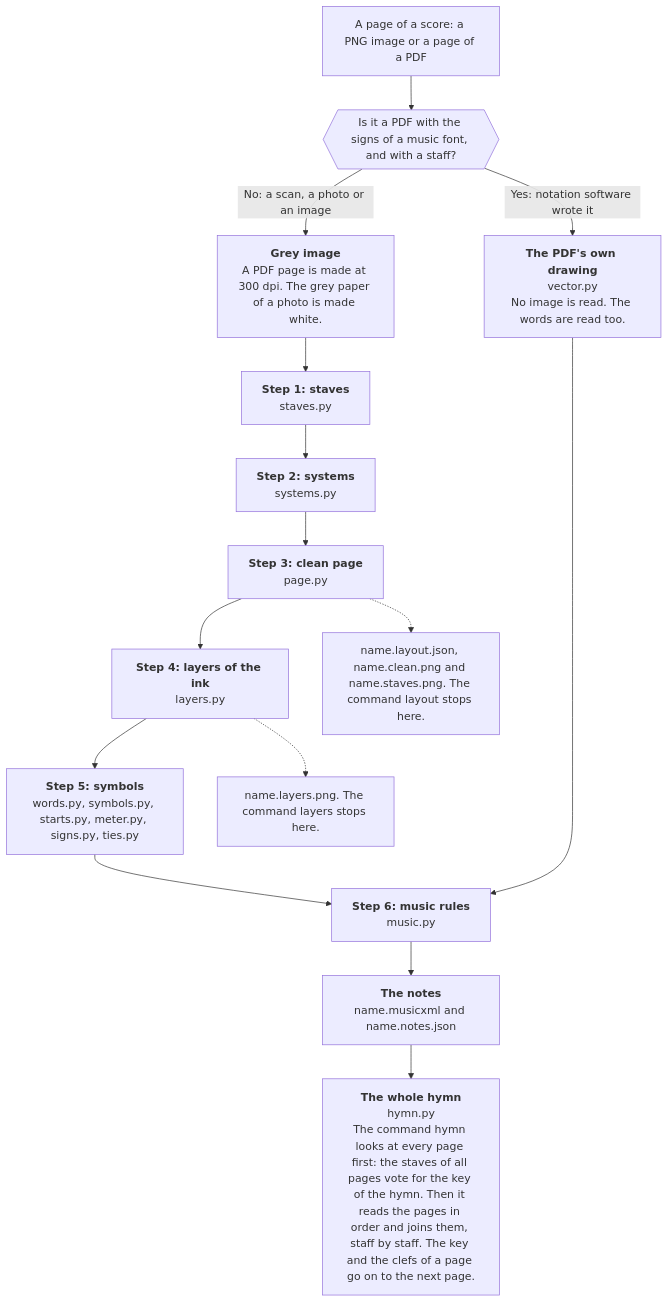
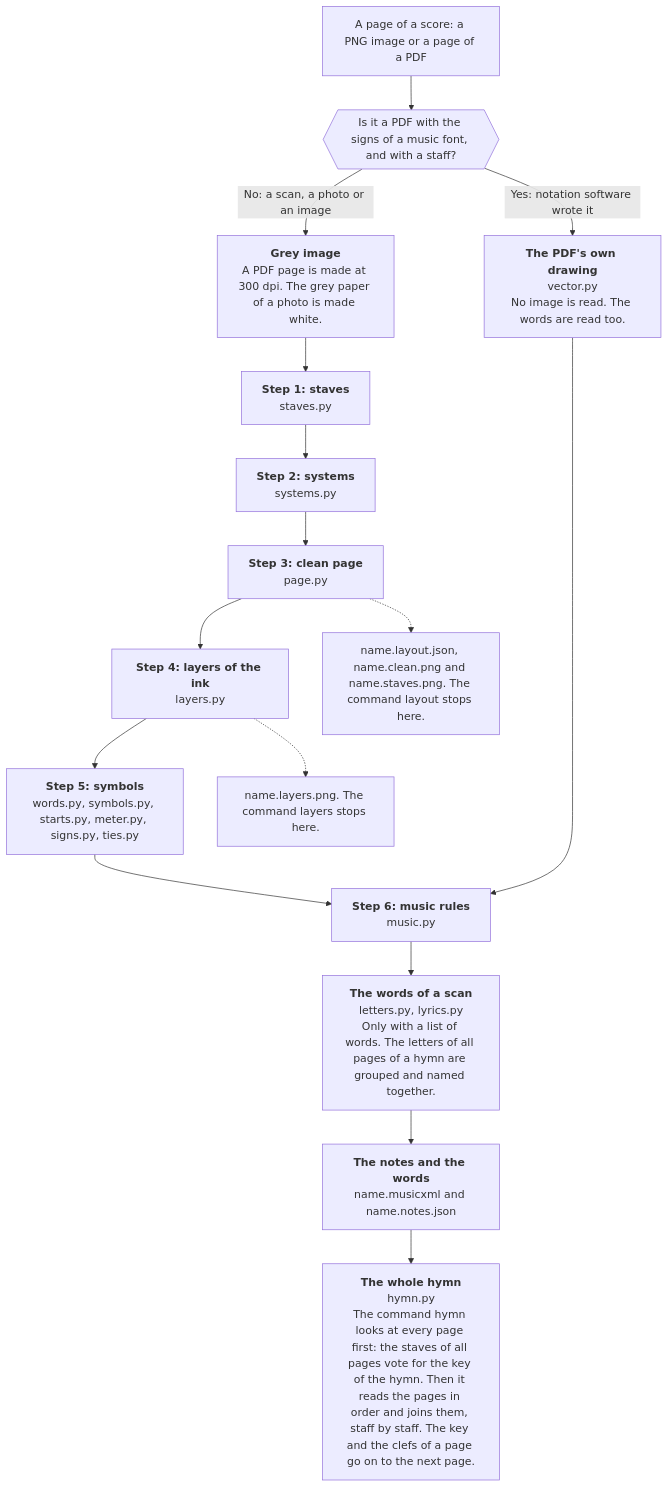
One commit to sweet-cicero/ScoreReader changed the first of 11 diagrams in README.md. Above: the diagram before and after it, drawn with Mermaid. The commit also changed other lines of this file and 1 other file, not shown here.

````diff
--- a/README.md
+++ b/README.md
@@ -51,18 +59,19 @@
 ```mermaid
 flowchart TD
     source["A page of a score: a PNG image or a page of a PDF"]
     source --> kind{{"Is it a PDF with the signs of a music font, and with a staff?"}}
     kind -- "Yes: notation software wrote it" --> drawing["<b>The PDF's own drawing</b><br/>vector.py<br/>No image is read. The words are read too."]
     kind -- "No: a scan, a photo or an image" --> grey["<b>Grey image</b><br/>A PDF page is made at 300 dpi. The grey paper of a photo is made white."]
     grey --> staves["<b>Step 1: staves</b><br/>staves.py"]
     staves --> systems["<b>Step 2: systems</b><br/>systems.py"]
     systems --> clean["<b>Step 3: clean page</b><br/>page.py"]
     clean --> layers["<b>Step 4: layers of the ink</b><br/>layers.py"]
     layers --> symbols["<b>Step 5: symbols</b><br/>words.py, symbols.py, starts.py, meter.py, signs.py, ties.py"]
     symbols --> music["<b>Step 6: music rules</b><br/>music.py"]
     drawing -------> music
-    music --> notes["<b>The notes</b><br/>name.musicxml and name.notes.json"]
+    music --> words["<b>The words of a scan</b><br/>letters.py, lyrics.py<br/>Only with a list of words. The letters of all pages of a hymn are grouped and named together."]
+    words --> notes["<b>The notes and the words</b><br/>name.musicxml and name.notes.json"]
     notes --> hymn["<b>The whole hymn</b><br/>hymn.py<br/>The command hymn looks at every page first: the staves of all pages vote for the key of the hymn. Then it reads the pages in order and joins them, staff by staff. The key and the clefs of a page go on to the next page."]
     clean -.-> layout["name.layout.json, name.clean.png and name.staves.png. The command layout stops here."]
     layers -.-> picture["name.layers.png. The command layers stops here."]
 ```
````
